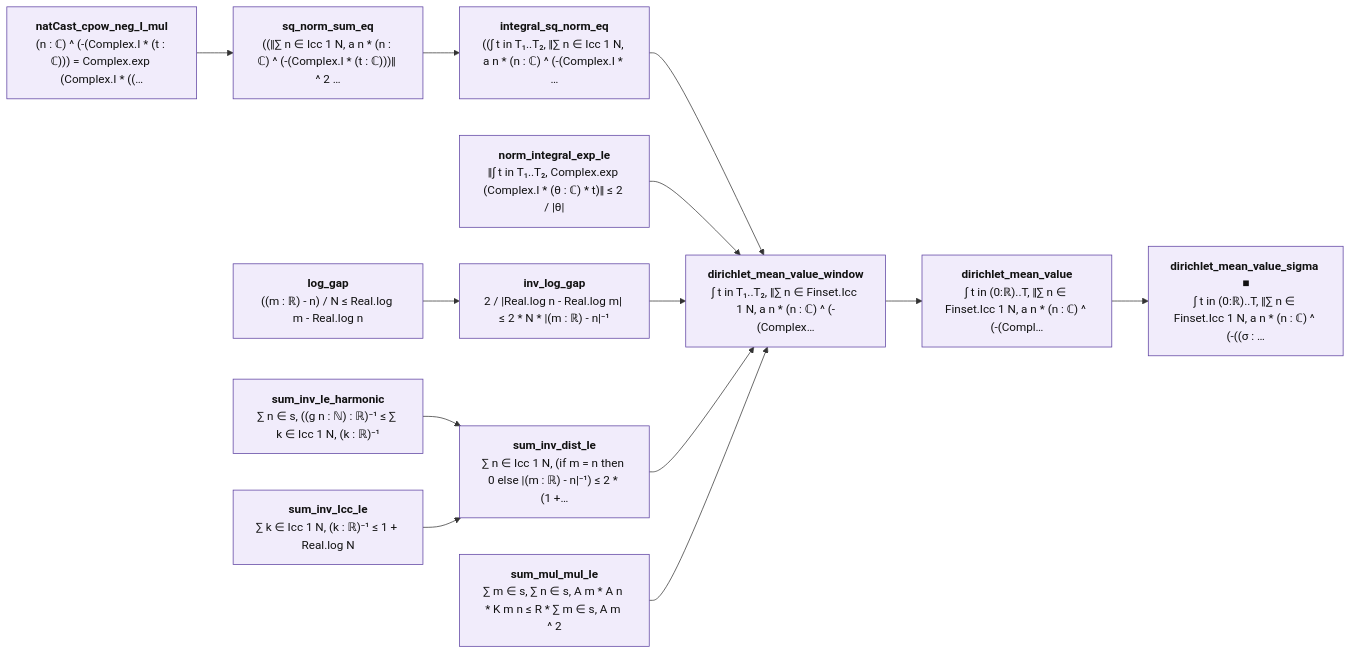
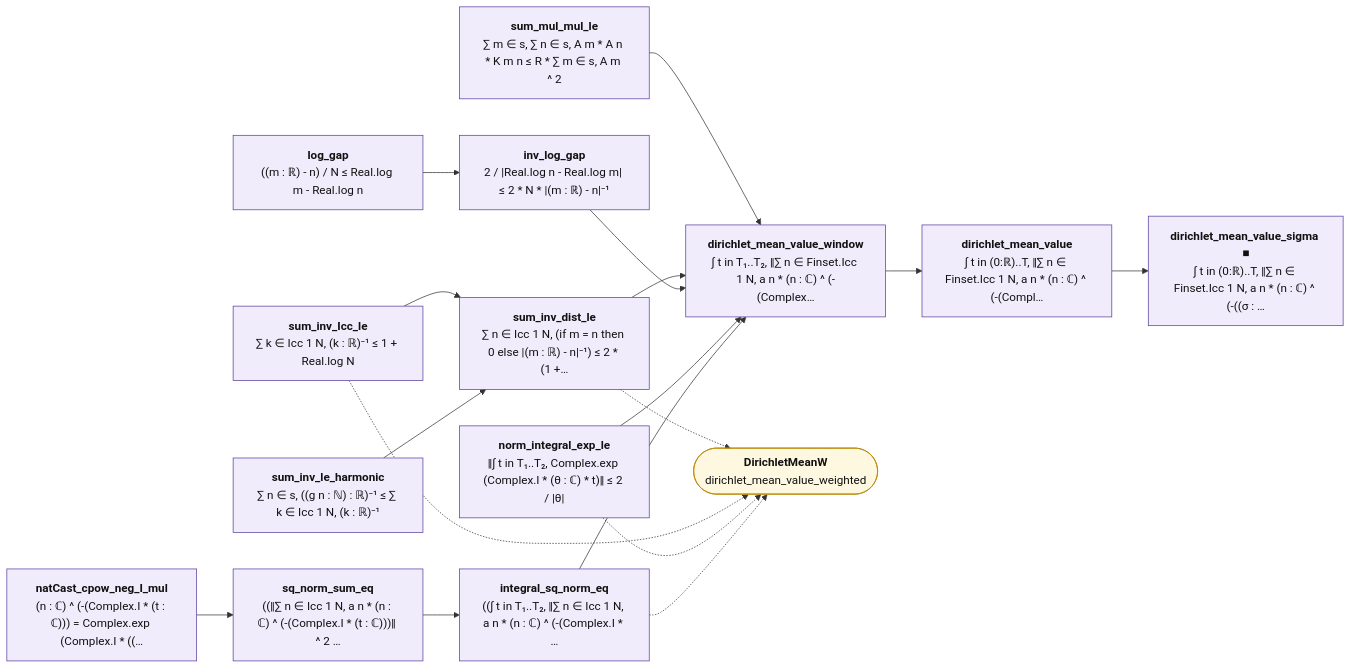
The diagram in map/lean_stage3/DirichletMean.mmd (juliansambranojr/Primebeat_081426), drawn with Mermaid before and after one commit. The commit also changed 34 other files, not shown here.

```diff
--- a/map/lean_stage3/DirichletMean.mmd
+++ b/map/lean_stage3/DirichletMean.mmd
@@ -1,34 +1,39 @@
 flowchart LR
   n0["<b>natCast_cpow_neg_I_mul</b><br/>(n : ℂ) ^ (-(Complex.I * (t : ℂ))) = Complex.exp (Complex.I * ((…"]:::shp
   n1["<b>sq_norm_sum_eq</b><br/>((‖∑ n ∈ Icc 1 N, a n * (n : ℂ) ^ (-(Complex.I * (t : ℂ)))‖ ^ 2 …"]:::shp
   n2["<b>integral_sq_norm_eq</b><br/>((∫ t in T₁..T₂, ‖∑ n ∈ Icc 1 N, a n * (n : ℂ) ^ (-(Complex.I * …"]:::shp
   n3["<b>norm_integral_exp_le</b><br/>‖∫ t in T₁..T₂, Complex.exp (Complex.I * (θ : ℂ) * t)‖ ≤ 2 / |θ|"]:::shp
   n4["<b>log_gap</b><br/>((m : ℝ) - n) / N ≤ Real.log m - Real.log n"]:::shp
   n5["<b>inv_log_gap</b><br/>2 / |Real.log n - Real.log m| ≤ 2 * N * |(m : ℝ) - n|⁻¹"]:::shp
   n6["<b>sum_inv_le_harmonic</b><br/>∑ n ∈ s, ((g n : ℕ) : ℝ)⁻¹ ≤ ∑ k ∈ Icc 1 N, (k : ℝ)⁻¹"]:::shp
   n7["<b>sum_inv_Icc_le</b><br/>∑ k ∈ Icc 1 N, (k : ℝ)⁻¹ ≤ 1 + Real.log N"]:::shp
   n8["<b>sum_inv_dist_le</b><br/>∑ n ∈ Icc 1 N, (if m = n then 0 else |(m : ℝ) - n|⁻¹) ≤ 2 * (1 +…"]:::shp
   n9["<b>sum_mul_mul_le</b><br/>∑ m ∈ s, ∑ n ∈ s, A m * A n * K m n ≤ R * ∑ m ∈ s, A m ^ 2"]:::shp
   n10["<b>dirichlet_mean_value_window</b><br/>∫ t in T₁..T₂, ‖∑ n ∈ Finset.Icc 1 N, a n * (n : ℂ) ^ (-(Complex…"]:::shp
   n11["<b>dirichlet_mean_value</b><br/>∫ t in (0:ℝ)..T, ‖∑ n ∈ Finset.Icc 1 N, a n * (n : ℂ) ^ (-(Compl…"]:::shp
   n12["<b>dirichlet_mean_value_sigma ■</b><br/>∫ t in (0:ℝ)..T, ‖∑ n ∈ Finset.Icc 1 N, a n * (n : ℂ) ^ (-((σ : …"]:::shp
+  x0(["<b>DirichletMeanW</b><br/>dirichlet_mean_value_weighted"]):::ext
   n0 --> n1
   n1 --> n2
   n10 --> n11
   n11 --> n12
   n2 --> n10
   n3 --> n10
   n4 --> n5
   n5 --> n10
   n6 --> n8
   n7 --> n8
   n8 --> n10
   n9 --> n10
+  n2 -.-> x0
+  n3 -.-> x0
+  n7 -.-> x0
+  n8 -.-> x0
   classDef cnt fill:#dff5ec,stroke:#17694a,color:#111
   classDef shp fill:#f1ecfb,stroke:#5b3fa0,color:#111
   classDef rh fill:#ffe5e5,stroke:#c22,color:#111,stroke-width:2px
   classDef thm fill:#eef4ff,stroke:#335,color:#111
   classDef end_ fill:#e7f7e7,stroke:#2a7,color:#111,stroke-width:2px
   classDef lone fill:#fff,stroke:#999,color:#111,stroke-dasharray:4 3
   classDef bad fill:#ffe5e5,stroke:#c22,color:#111,stroke-width:2px
   classDef ext fill:#fff8e1,stroke:#b80,color:#111
```
